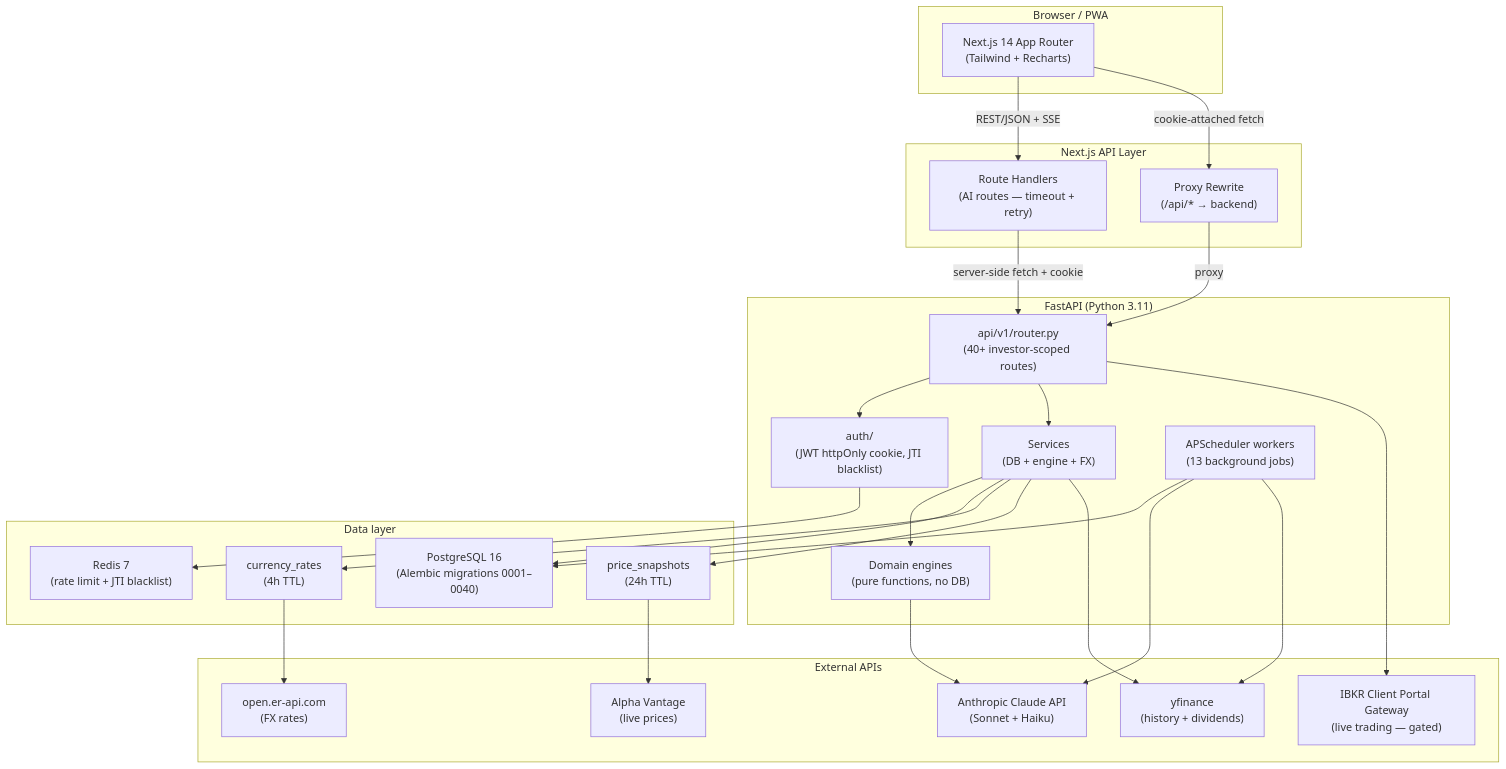
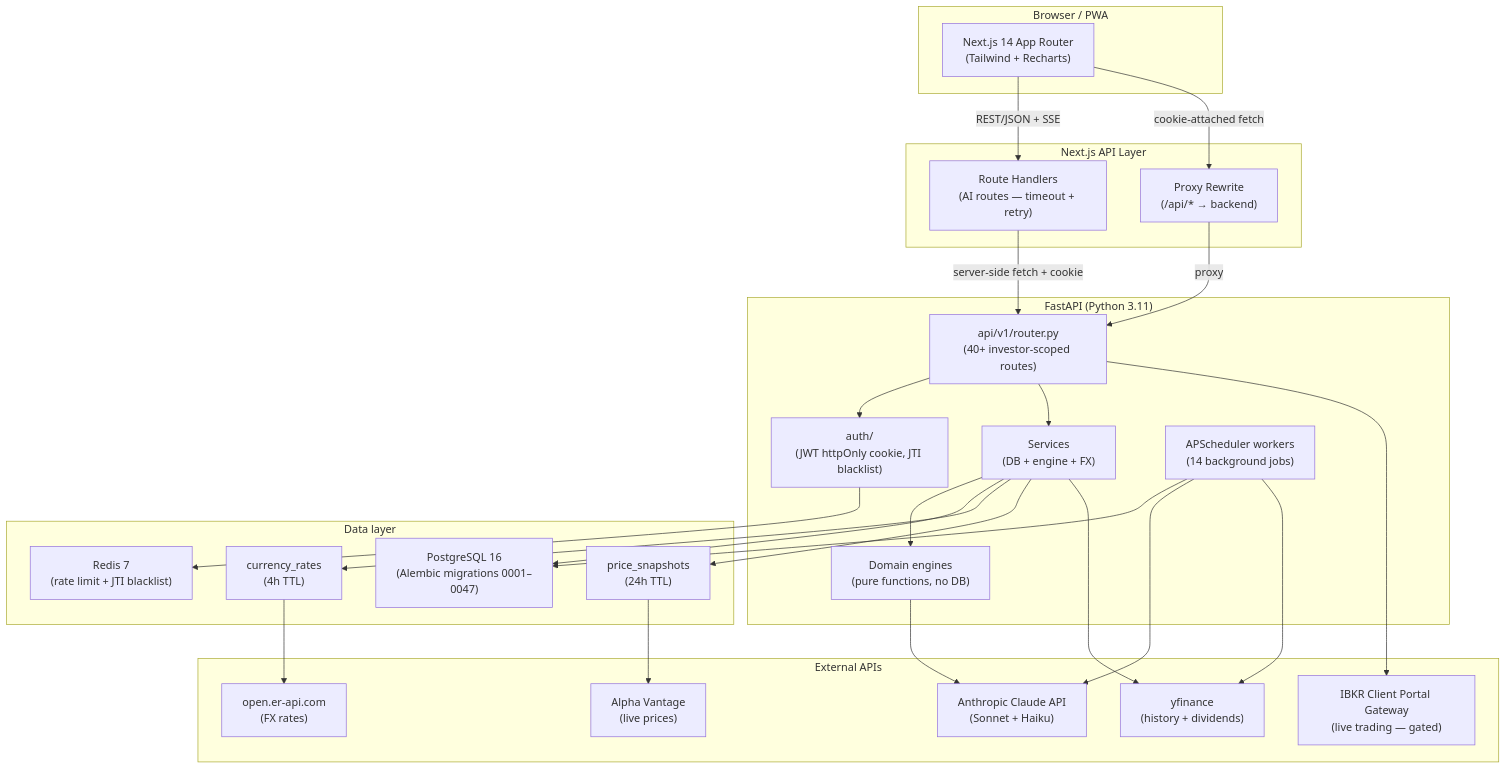
Before and after one commit to erezrozenbaum/tradeops: the diagram in docs/architecture.md, drawn with Mermaid. The commit also changed other lines of this file and 9 other files, not shown here.

````diff
--- a/docs/architecture.md
+++ b/docs/architecture.md
@@ -30,54 +30,54 @@
 ```mermaid
 flowchart TD
     subgraph Client["Browser / PWA"]
         UI["Next.js 14 App Router\n(Tailwind + Recharts)"]
     end
 
     subgraph Gateway["Next.js API Layer"]
         RH["Route Handlers\n(AI routes — timeout + retry)"]
         PX["Proxy Rewrite\n(/api/* → backend)"]
     end
 
     subgraph Backend["FastAPI (Python 3.11)"]
         API["api/v1/router.py\n(40+ investor-scoped routes)"]
         AUTH["auth/\n(JWT httpOnly cookie, JTI blacklist)"]
         ENG["Domain engines\n(pure functions, no DB)"]
         SVC["Services\n(DB + engine + FX)"]
-        WRK["APScheduler workers\n(13 background jobs)"]
+        WRK["APScheduler workers\n(14 background jobs)"]
     end
 
     subgraph Data["Data layer"]
-        PG["PostgreSQL 16\n(Alembic migrations 0001–0040)"]
+        PG["PostgreSQL 16\n(Alembic migrations 0001–0047)"]
         RD["Redis 7\n(rate limit + JTI blacklist)"]
         PS["price_snapshots\n(24h TTL)"]
         FX["currency_rates\n(4h TTL)"]
     end
 
     subgraph External["External APIs"]
         AV["Alpha Vantage\n(live prices)"]
         YF["yfinance\n(history + dividends)"]
         AI["Anthropic Claude API\n(Sonnet + Haiku)"]
         ER["open.er-api.com\n(FX rates)"]
         IB["IBKR Client Portal Gateway\n(live trading — gated)"]
     end
 
     UI -->|REST/JSON + SSE| RH
     UI -->|cookie-attached fetch| PX
     RH -->|server-side fetch + cookie| API
     PX -->|proxy| API
     API --> AUTH
     AUTH --> RD
     API --> SVC
     SVC --> ENG
     SVC --> PG
     SVC --> FX
     SVC --> PS
     WRK --> PG
     WRK --> AI
     WRK --> YF
     ENG --> AI
     PS --> AV
     FX --> ER
     SVC --> YF
     API --> IB
 ```
````
